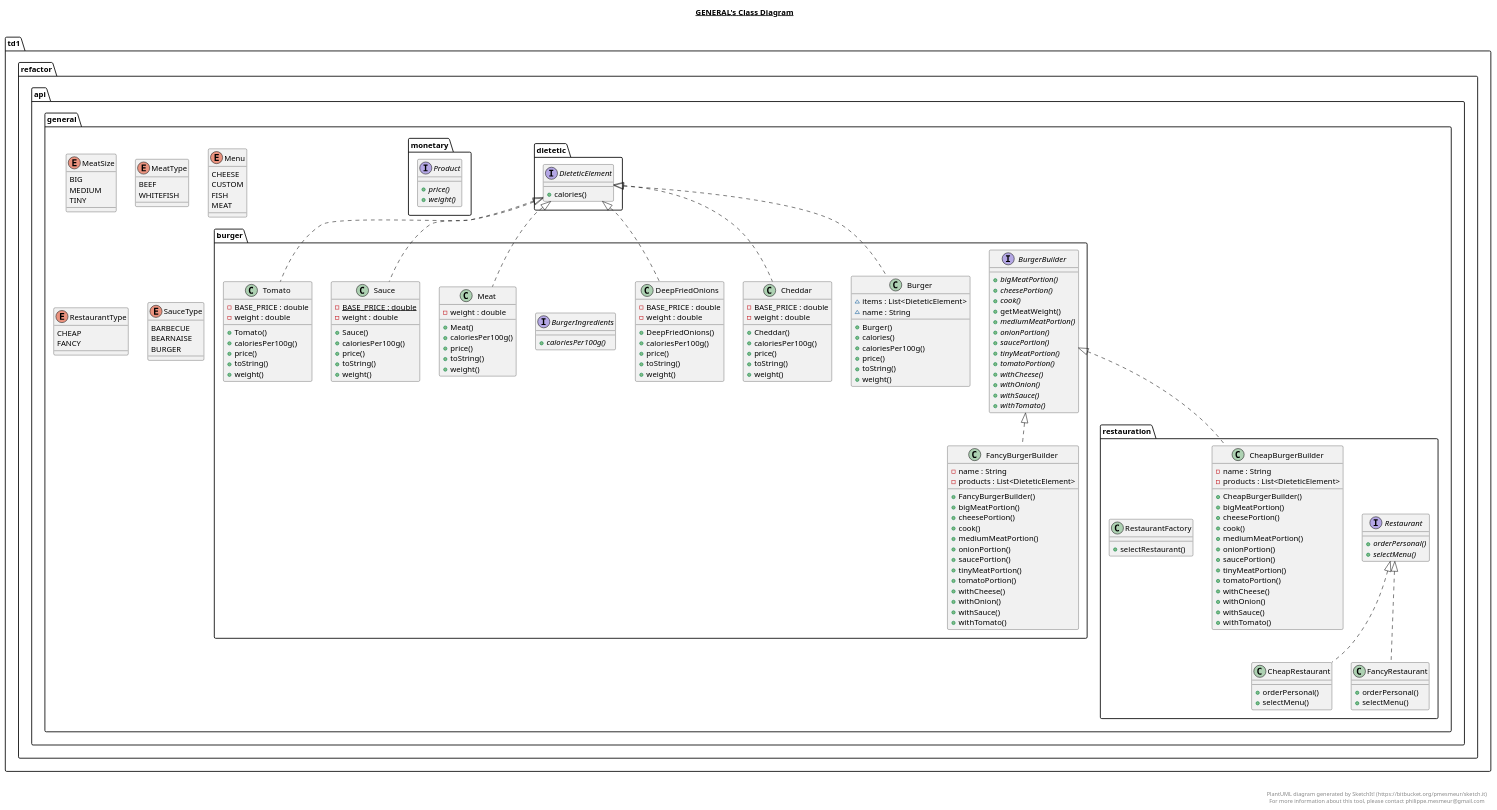
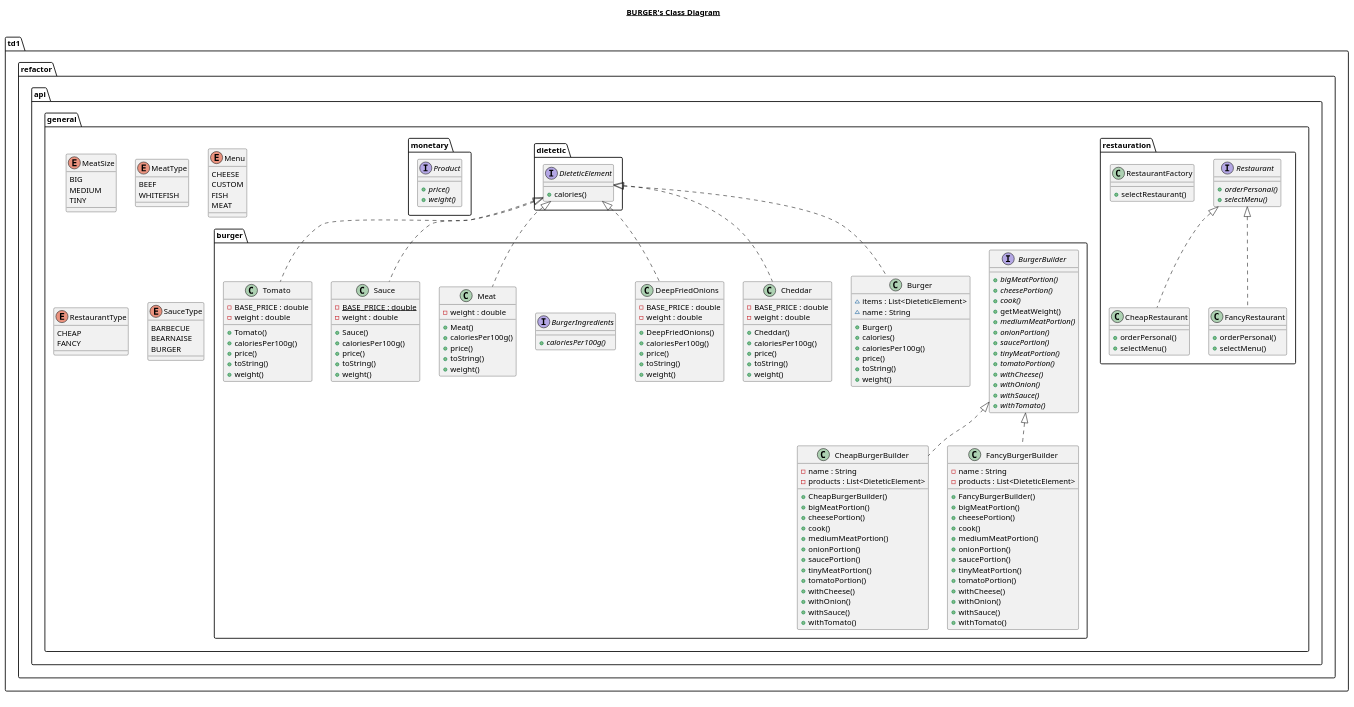
The diagram in docs/general.plantuml (AhlemFANTA/MAPC-TD1), drawn with PlantUML before and after one commit. The commit also changed 9 other files, not shown here.

```diff
--- a/docs/general.plantuml
+++ b/docs/general.plantuml
@@ -1,6 +1,6 @@
 @startuml
 
-title __GENERAL's Class Diagram__\n
+title __BURGER's Class Diagram__\n
 
   namespace td1.refactor.api.general {
     class td1.refactor.api.general.burger.Burger {
@@ -36,7 +36,7 @@
   
 
   namespace td1.refactor.api.general {
-    class td1.refactor.api.general.restauration.CheapBurgerBuilder {
+    class td1.refactor.api.general.burger.CheapBurgerBuilder {
         - name : String
         - products : List<DieteticElement>
         + CheapBurgerBuilder()
@@ -239,7 +239,7 @@
   
 
   td1.refactor.api.general.burger.Burger .up.|> td1.refactor.api.general.dietetic.DieteticElement
-  td1.refactor.api.general.restauration.CheapBurgerBuilder .up.|> td1.refactor.api.general.burger.BurgerBuilder
+  td1.refactor.api.general.burger.CheapBurgerBuilder .up.|> td1.refactor.api.general.burger.BurgerBuilder
   td1.refactor.api.general.restauration.CheapRestaurant .up.|> td1.refactor.api.general.restauration.Restaurant
   td1.refactor.api.general.burger.Cheddar .up.|> td1.refactor.api.general.dietetic.DieteticElement
   td1.refactor.api.general.burger.DeepFriedOnions .up.|> td1.refactor.api.general.dietetic.DieteticElement
@@ -258,9 +258,6 @@
 
 right footer
 
-
-PlantUML diagram generated by SketchIt! (https://bitbucket.org/pmesmeur/sketch.it)
-For more information about this tool, please contact philippe.mesmeur@gmail.com
 endfooter
 
 @enduml
```
